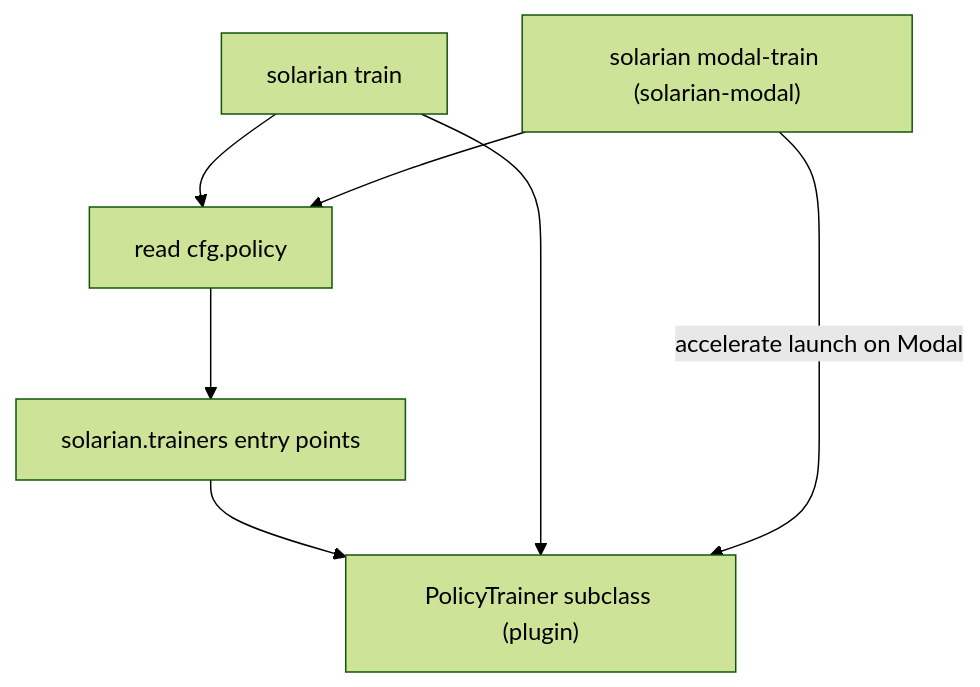
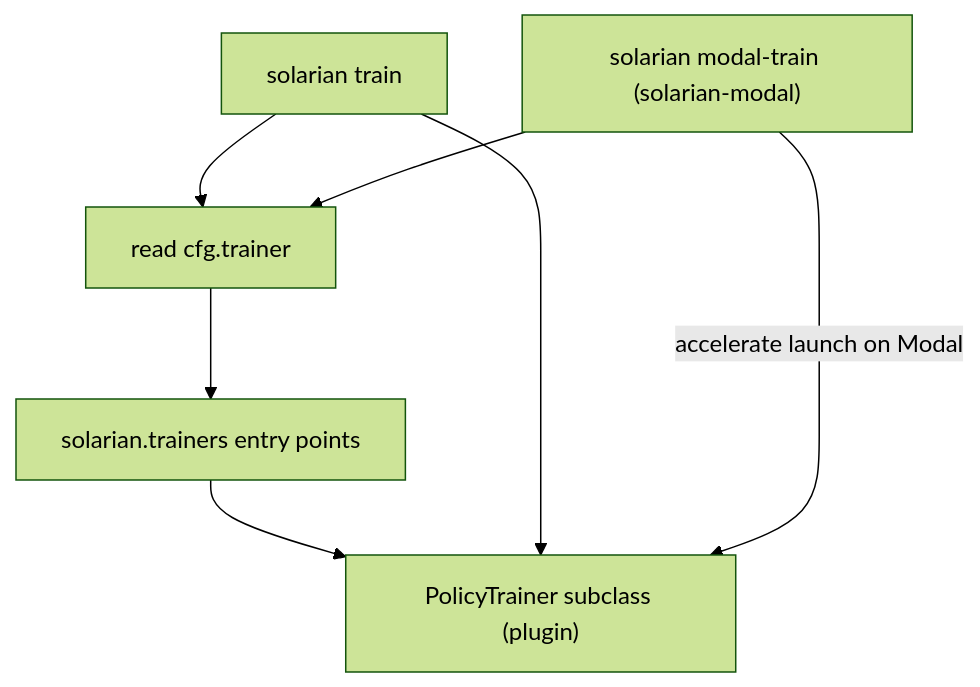
The diagram in docs/training/page.mdx (solarian-dev/solarian), drawn with Mermaid (forest theme) before and after one commit. The commit also changed other lines of this file and 93 other files, not shown here.

````diff
--- a/docs/training/page.mdx
+++ b/docs/training/page.mdx
@@ -16,9 +16,9 @@
 ```mermaid
 flowchart TD
-    cli["solarian train"] --> resolve["read cfg.policy"]
+    cli["solarian train"] --> resolve["read cfg.trainer"]
     resolve --> reg["solarian.trainers entry points"]
     reg --> trainer["PolicyTrainer subclass (plugin)"]
     cli --> trainer
     mcli["solarian modal-train (solarian-modal)"] --> resolve
     mcli -->|"accelerate launch on Modal"| trainer
 ```
````
